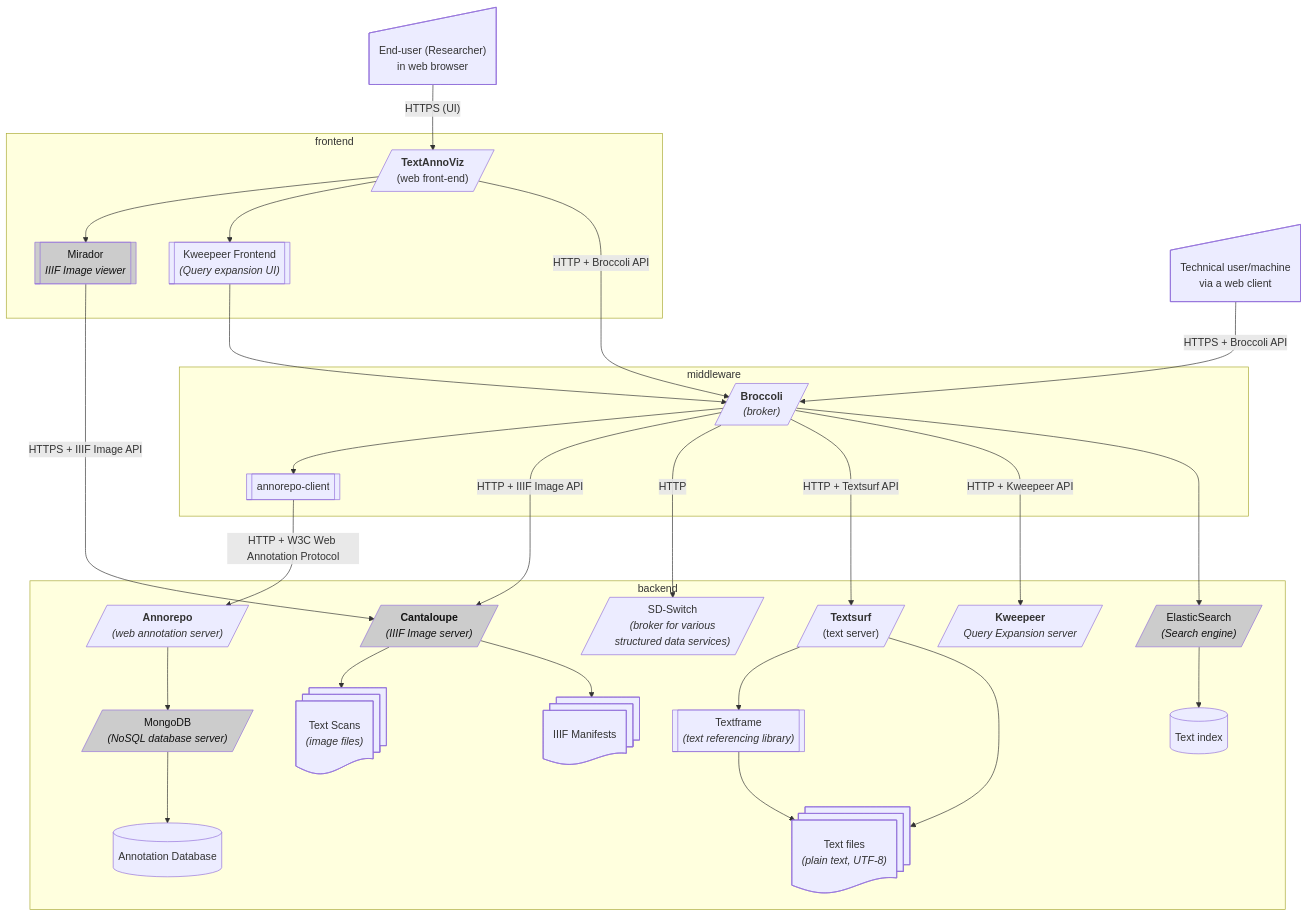
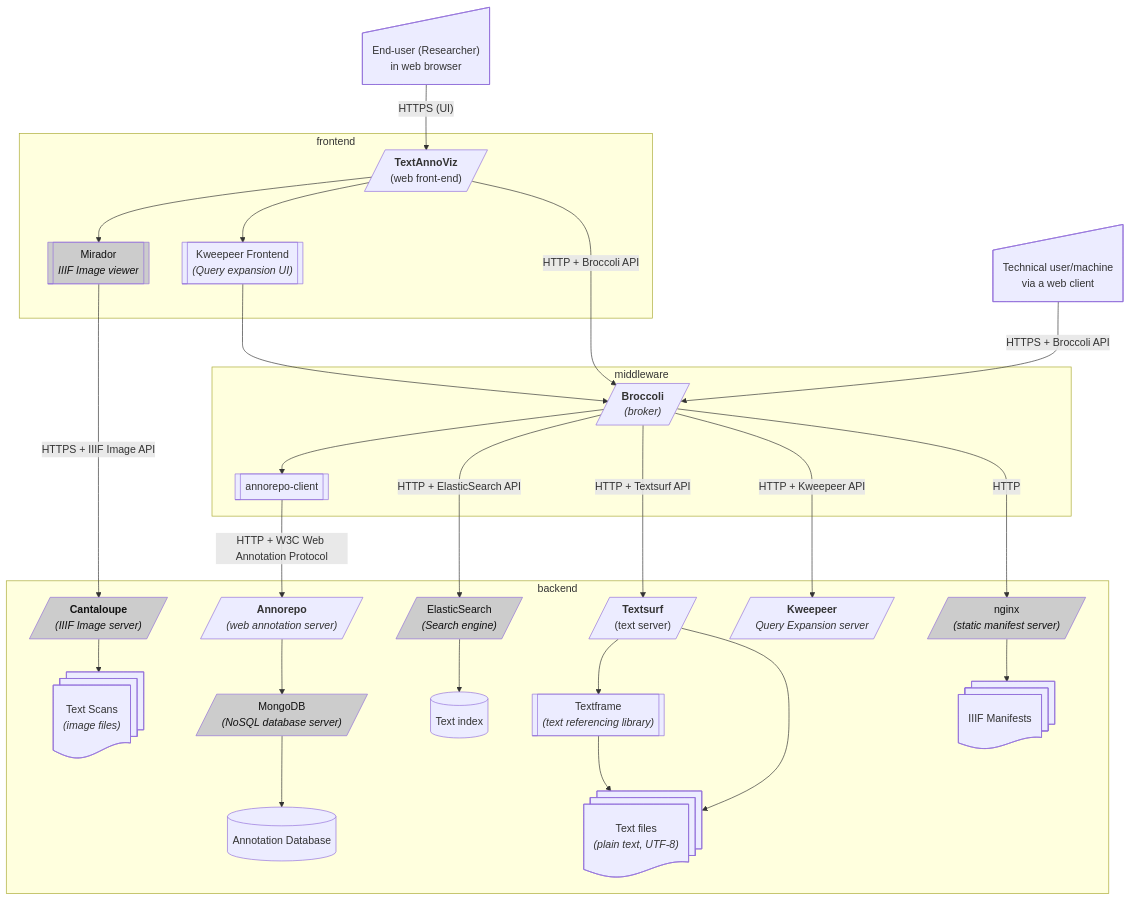
The second of 3 diagrams in README.md (knaw-huc/tt-architecture), drawn with Mermaid before and after one commit. The commit also changed other lines of this file, not shown here.

````diff
--- a/README.md
+++ b/README.md
@@ -97,71 +96,71 @@
 ```{.mermaid format=svg}
 flowchart TD
 
 
     user@{ shape: sl-rect, label: "End-user (Researcher)<br>in web browser"}
     user -- "HTTPS (UI)" --> textannoviz
     subgraph frontend
         textannoviz[/"<b>TextAnnoViz</b><br>(web front-end)"/]
         mirador@{shape: subproc, label: "Mirador<br><i>IIIF Image viewer</i>"}
         kweepeerfrontend@{shape: subproc, label: "Kweepeer Frontend<br><i>(Query expansion UI)</i>"}
         textannoviz --> mirador
         textannoviz --> kweepeerfrontend
     end
 
     techuser@{ shape: sl-rect, label: "Technical user/machine<br>via a web client"}
 
     techuser -- "HTTPS + Broccoli API" --> broccoli
     subgraph middleware
         textannoviz -- "HTTP + Broccoli API" --> broccoli
         broccoli[/"<b>Broccoli</b><br><i>(broker)</i>"/]
 
         broccoli_annorepoclient@{shape: subproc, label: "annorepo-client"}
         broccoli --> broccoli_annorepoclient 
 
         kweepeerfrontend --> broccoli
     end
 
 
     subgraph backend
     
         annorepo[/"<b>Annorepo</b><br><i>(web annotation server)</i>"/]
         mongodb[/"MongoDB<br><i>(NoSQL database server)</i>"/]
         annorepo_db[("Annotation Database")]
         annorepo --> mongodb --> annorepo_db
 
         elasticsearch[/"ElasticSearch<br><i>(Search engine)</i>"/]
         textindex[("Text index")]
         texts@{ shape: docs, label: "Text files<br><i>(plain text, UTF-8)</i>"}
         textscans@{ shape: docs, label: "Text Scans<br><i>(image files)</i>"}
 
         textsurf[/"<b>Textsurf</b><br>(text server)"/]
         textframe@{shape: subproc, label: "Textframe<br><i>(text referencing library)</i>"}
 
 
         cantaloupe[/"<b>Cantaloupe</b><br><i>(IIIF Image server)</i>"/]
         manifests@{ shape: docs, label: "IIIF Manifests"}
         cantaloupe --> textscans
-        cantaloupe --> manifests
 
         kweepeer[/"<b>Kweepeer</b><br><i>Query Expansion server</i>"/]
 
-        sdswitch[/"SD-Switch<br><i>(broker for various<br>structured data services)</i>"/]
-
+        broccoli -- "HTTP + ElasticSearch API" --> elasticsearch
         broccoli_annorepoclient -- "HTTP + W3C Web Annotation Protocol" --> annorepo
-        broccoli -- "HTTP + IIIF Image API" --> cantaloupe
-        broccoli -- "HTTP" --> sdswitch
         broccoli -- "HTTP + Textsurf API" --> textsurf
         broccoli -- "HTTP + Kweepeer API" --> kweepeer
+        broccoli -- "HTTP" --> manifest_server
 
-        broccoli --> elasticsearch --> textindex
+        manifest_server[/"nginx<br><i>(static manifest server)</i>"/]
+        manifest_server --> manifests
+
+        elasticsearch --> textindex
 
         textsurf --> textframe -->  texts
         textsurf --> texts
 
         mirador -- "HTTPS + IIIF Image API" --> cantaloupe
     end
 
 
     classDef thirdparty fill:#ccc,color:#111
-    class cantaloupe,mongodb,elasticsearch,postgresql,mirador thirdparty
+    class cantaloupe,mongodb,elasticsearch,postgresql,mirador,manifest_server thirdparty
 ```
````
